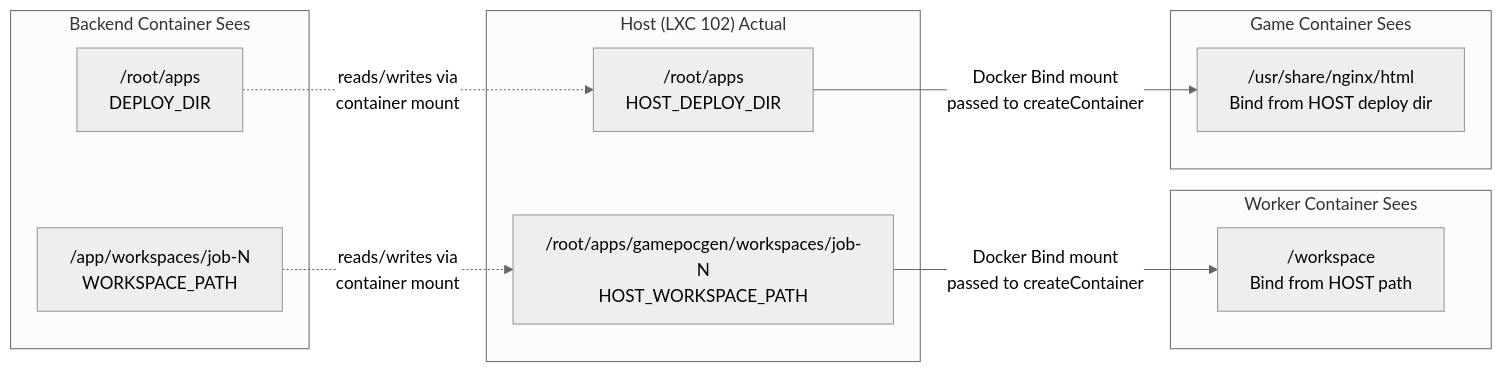
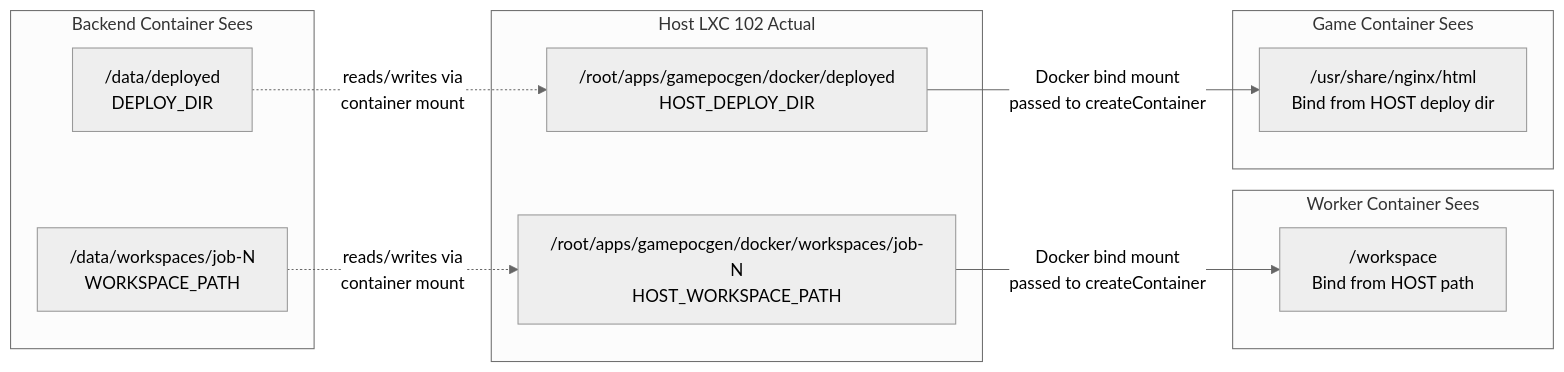
The third of 9 diagrams in AI/document/05-data-pipelines.md (J-Gierend/gamePocGen), drawn with Mermaid (neutral theme) before and after one commit. The commit also changed other lines of this file and 12 other files, not shown here.

First line of the commit message:
fix: regenerate all architecture docs from current source

````diff
--- a/AI/document/05-data-pipelines.md
+++ b/AI/document/05-data-pipelines.md
@@ -42,25 +48,25 @@
 ```mermaid
 flowchart LR
     subgraph "Backend Container Sees"
-        BC_WS["/app/workspaces/job-N\nWORKSPACE_PATH"]
-        BC_DD["/root/apps\nDEPLOY_DIR"]
+        BC_WS["/data/workspaces/job-N\nWORKSPACE_PATH"]
+        BC_DD["/data/deployed\nDEPLOY_DIR"]
     end
 
-    subgraph "Host (LXC 102) Actual"
-        HOST_WS["/root/apps/gamepocgen/workspaces/job-N\nHOST_WORKSPACE_PATH"]
-        HOST_DD["/root/apps\nHOST_DEPLOY_DIR"]
+    subgraph "Host LXC 102 Actual"
+        HOST_WS["/root/apps/gamepocgen/docker/workspaces/job-N\nHOST_WORKSPACE_PATH"]
+        HOST_DD["/root/apps/gamepocgen/docker/deployed\nHOST_DEPLOY_DIR"]
     end
 
     subgraph "Worker Container Sees"
         WC["/workspace\nBind from HOST path"]
     end
 
     subgraph "Game Container Sees"
         GC["/usr/share/nginx/html\nBind from HOST deploy dir"]
     end
 
     BC_WS -.->|"reads/writes via\ncontainer mount"| HOST_WS
-    HOST_WS -->|"Docker Bind mount\npassed to createContainer"| WC
+    HOST_WS -->|"Docker bind mount\npassed to createContainer"| WC
     BC_DD -.->|"reads/writes via\ncontainer mount"| HOST_DD
-    HOST_DD -->|"Docker Bind mount\npassed to createContainer"| GC
+    HOST_DD -->|"Docker bind mount\npassed to createContainer"| GC
 ```
````
